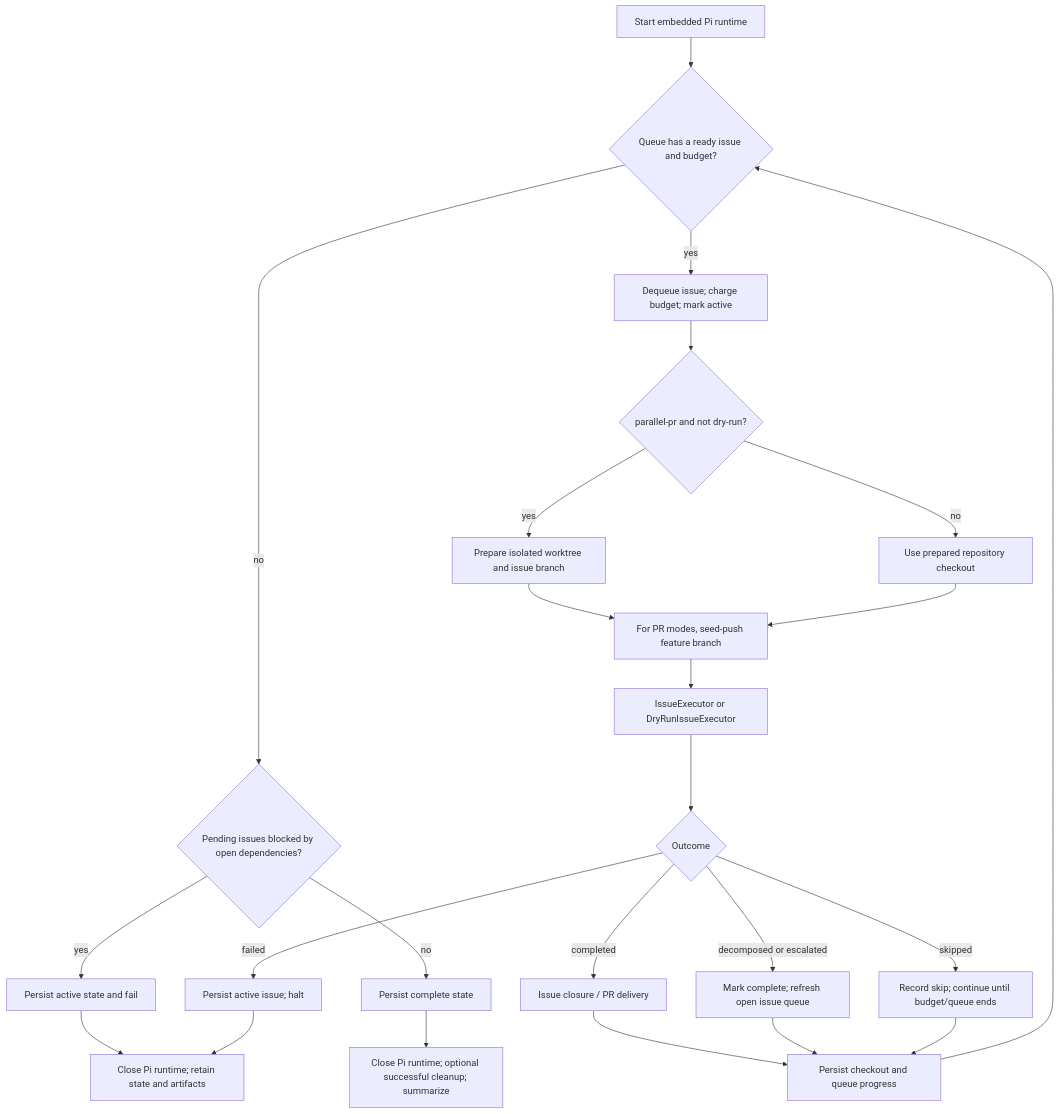
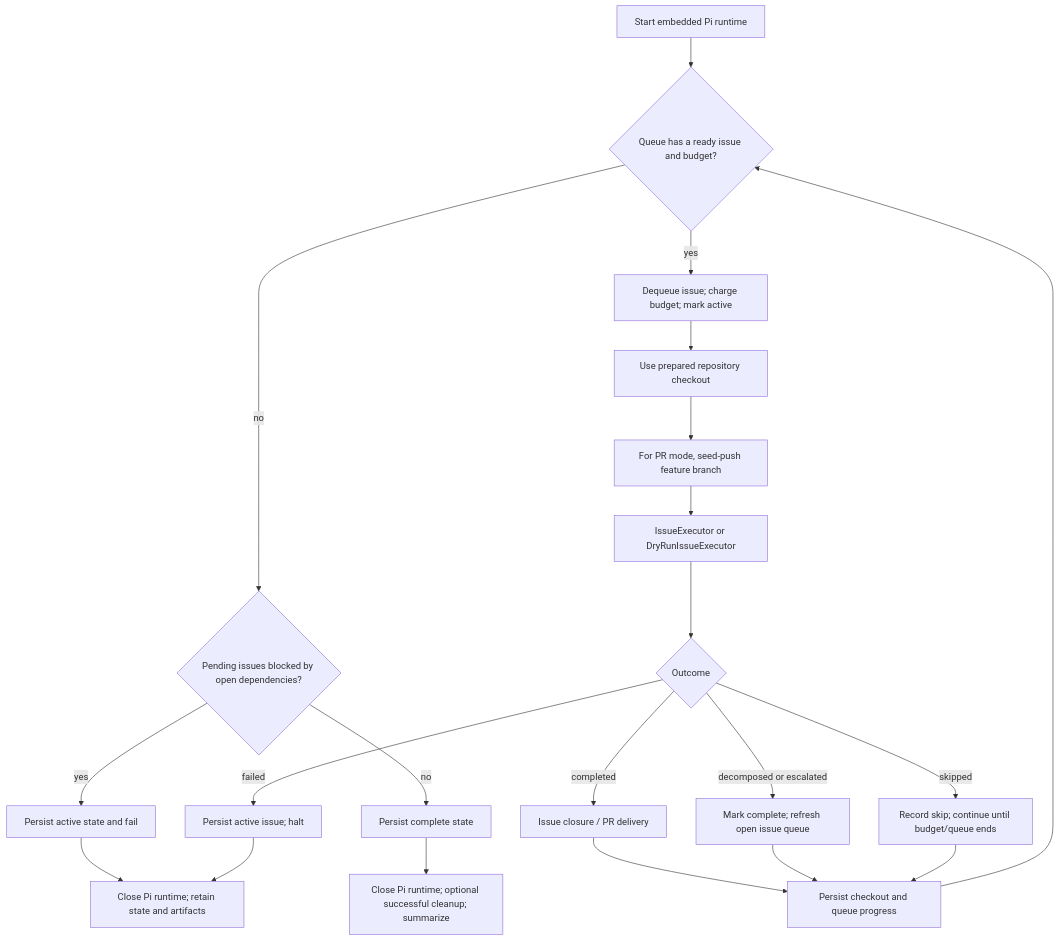
The second of 6 diagrams in docs/end-to-end-execution.md (beremaran/ralphie), drawn with Mermaid before and after one commit. The commit also changed other lines of this file and 21 other files, not shown here.

````diff
--- a/docs/end-to-end-execution.md
+++ b/docs/end-to-end-execution.md
@@ -100,26 +99,23 @@
 ```mermaid
 flowchart TD
     A["Start embedded Pi runtime"] --> B{"Queue has a ready issue and budget?"}
     B -->|no| C{"Pending issues blocked by open dependencies?"}
     C -->|yes| D["Persist active state and fail"]
     C -->|no| E["Persist complete state"]
     B -->|yes| F["Dequeue issue; charge budget; mark active"]
-    F --> G{"parallel-pr and not dry-run?"}
-    G -->|yes| H["Prepare isolated worktree and issue branch"]
-    G -->|no| I["Use prepared repository checkout"]
-    H --> J["For PR modes, seed-push feature branch"]
-    I --> J
-    J --> K["IssueExecutor or DryRunIssueExecutor"]
-    K --> L{"Outcome"}
-    L -->|completed| M["Issue closure / PR delivery"]
-    L -->|decomposed or escalated| N["Mark complete; refresh open issue queue"]
-    L -->|skipped| O["Record skip; continue until budget/queue ends"]
-    L -->|failed| P["Persist active issue; halt"]
-    M --> Q["Persist checkout and queue progress"]
-    N --> Q
-    O --> Q
-    Q --> B
+    F --> G["Use prepared repository checkout"]
+    G --> H["For PR mode, seed-push feature branch"]
+    H --> I["IssueExecutor or DryRunIssueExecutor"]
+    I --> J{"Outcome"}
+    J -->|completed| K["Issue closure / PR delivery"]
+    J -->|decomposed or escalated| L["Mark complete; refresh open issue queue"]
+    J -->|skipped| M["Record skip; continue until budget/queue ends"]
+    J -->|failed| N["Persist active issue; halt"]
+    K --> O["Persist checkout and queue progress"]
+    L --> O
+    M --> O
+    O --> B
     E --> R["Close Pi runtime; optional successful cleanup; summarize"]
     D --> S["Close Pi runtime; retain state and artifacts"]
-    P --> S
+    N --> S
 ```
````
